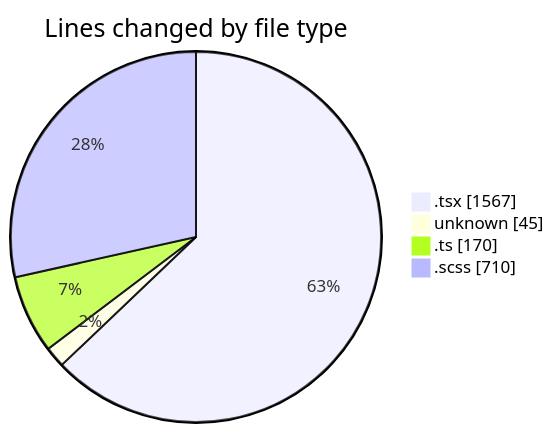
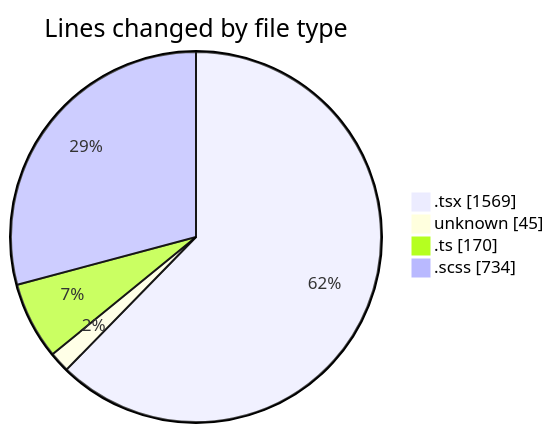
The first of 2 diagrams in 2025-09-01/cda/README.md (momahboobian/code-tracking), drawn with Mermaid before and after one commit. The commit also changed other lines of this file and 1 other file, not shown here.

````diff
--- a/2025-09-01/cda/README.md
+++ b/2025-09-01/cda/README.md
@@ -26,8 +26,8 @@
 ```mermaid
 pie showData
 title Lines changed by file type
-".tsx" : 1567
+".tsx" : 1569
 "unknown" : 45
 ".ts" : 170
-".scss" : 710
+".scss" : 734
 ```
````
